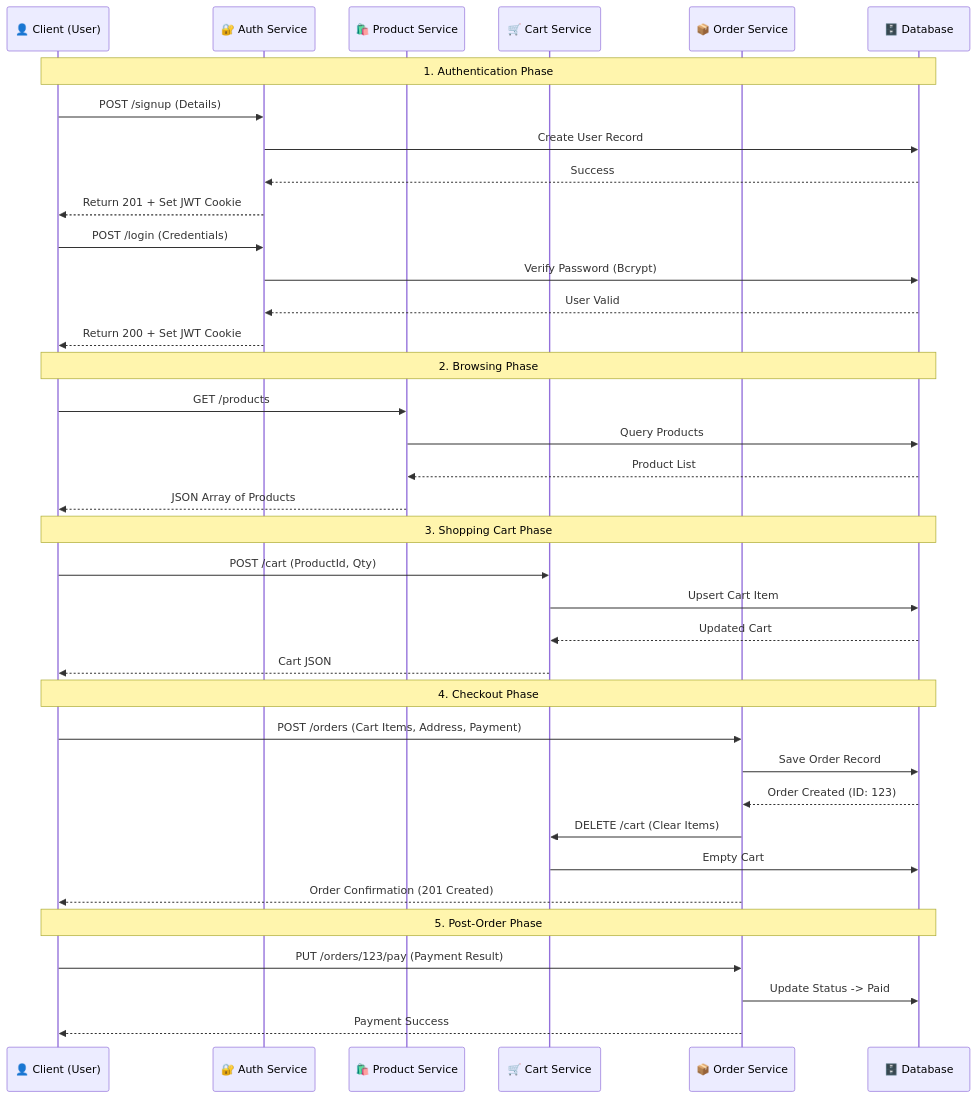
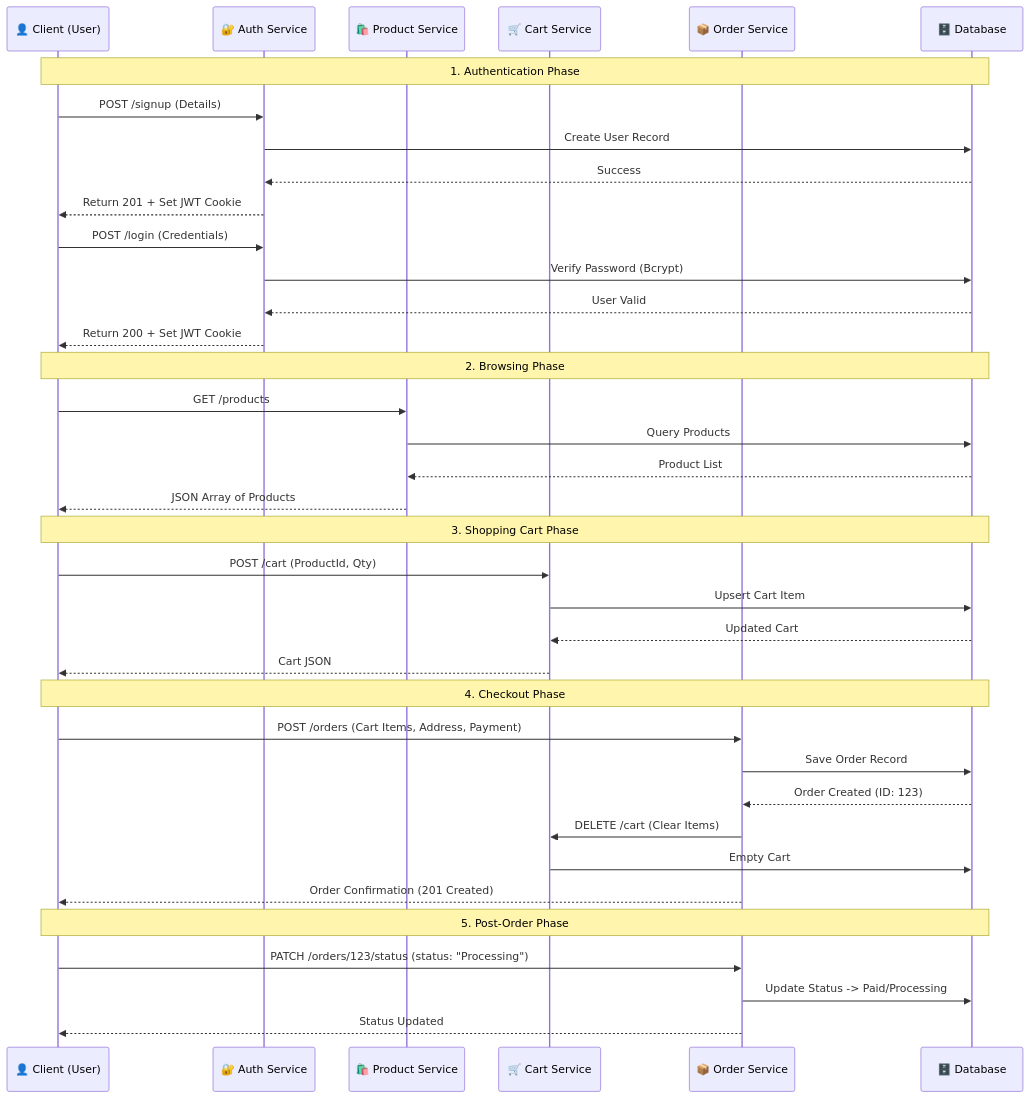
The diagram in server/README.md (mohamed-rafat2001/E-Commerce), drawn with Mermaid before and after one commit. The commit also changed other lines of this file and 12 other files, not shown here.

````diff
--- a/server/README.md
+++ b/server/README.md
@@ -9,50 +9,50 @@
 ```mermaid
 sequenceDiagram
     participant User as 👤 Client (User)
     participant Auth as 🔐 Auth Service
     participant Product as 🛍️ Product Service
     participant Cart as 🛒 Cart Service
     participant Order as 📦 Order Service
     participant DB as 🗄️ Database
 
     %% Signup / Login Flow
     Note over User, DB: 1. Authentication Phase
     User->>Auth: POST /signup (Details)
     Auth->>DB: Create User Record
     DB-->>Auth: Success
     Auth-->>User: Return 201 + Set JWT Cookie
 
     User->>Auth: POST /login (Credentials)
     Auth->>DB: Verify Password (Bcrypt)
     DB-->>Auth: User Valid
     Auth-->>User: Return 200 + Set JWT Cookie
 
     %% Browsing Flow
     Note over User, DB: 2. Browsing Phase
     User->>Product: GET /products
     Product->>DB: Query Products
     DB-->>Product: Product List
     Product-->>User: JSON Array of Products
 
     %% Cart Flow
     Note over User, DB: 3. Shopping Cart Phase
     User->>Cart: POST /cart (ProductId, Qty)
     Cart->>DB: Upsert Cart Item
     DB-->>Cart: Updated Cart
     Cart-->>User: Cart JSON
 
     %% Order Flow
     Note over User, DB: 4. Checkout Phase
     User->>Order: POST /orders (Cart Items, Address, Payment)
     Order->>DB: Save Order Record
     DB-->>Order: Order Created (ID: 123)
     Order->>Cart: DELETE /cart (Clear Items)
     Cart->>DB: Empty Cart
     Order-->>User: Order Confirmation (201 Created)
 
     %% Post-Order Flow
     Note over User, DB: 5. Post-Order Phase
-    User->>Order: PUT /orders/123/pay (Payment Result)
-    Order->>DB: Update Status -> Paid
-    Order-->>User: Payment Success
+    User->>Order: PATCH /orders/123/status (status: "Processing")
+    Order->>DB: Update Status -> Paid/Processing
+    Order-->>User: Status Updated
 ```
````
